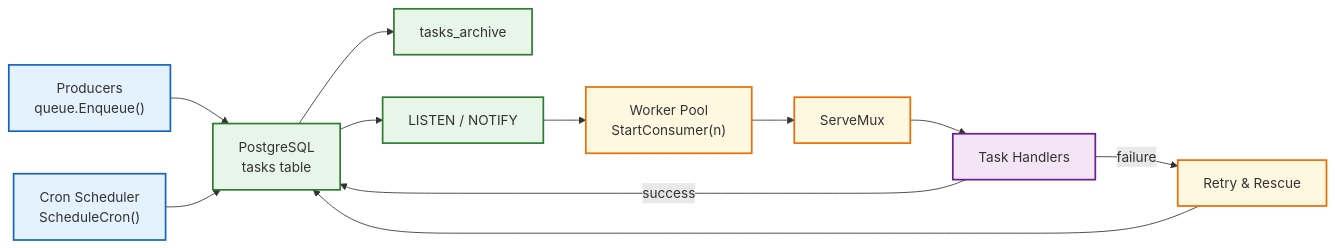
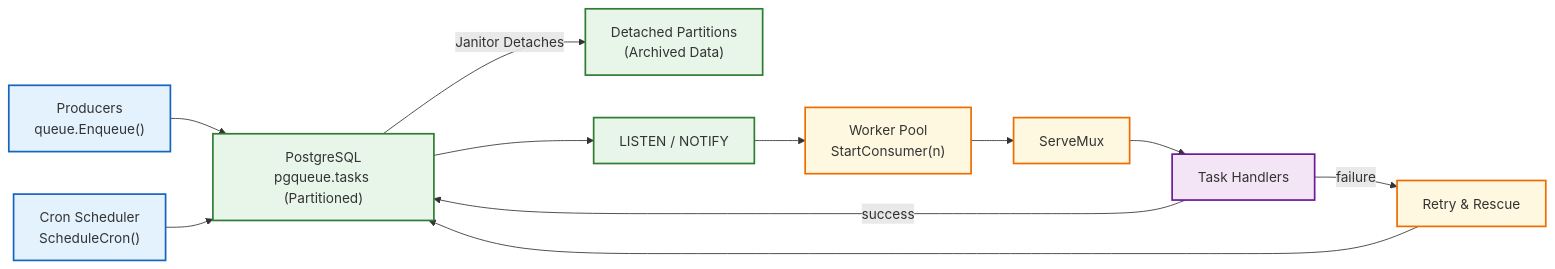
The diagram in README.md (i-christian/pgqueue), drawn with Mermaid before and after one commit. The commit also changed other lines of this file and 2 other files, not shown here.

`````diff
--- a/README.md
+++ b/README.md
@@ -49,38 +49,39 @@
 ```mermaid
 flowchart LR
     %% Nodes
     P["Producers<br/>queue.Enqueue()"]
     C["Cron Scheduler<br/>ScheduleCron()"]
 
-    T["PostgreSQL<br/>tasks table"]
-    A["tasks_archive"]
+    T["PostgreSQL<br/>pgqueue.tasks (Partitioned)"]
+    A["Detached Partitions<br/>(Archived Data)"]
     N["LISTEN / NOTIFY"]
 
     W["Worker Pool<br/>StartConsumer(n)"]
     M["ServeMux"]
     H["Task Handlers"]
     R["Retry & Rescue"]
 
     %% Flows
     P --> T
     C --> T
     T --> N
     N --> W
     W --> M
     M --> H
     H -->|success| T
     H -->|failure| R
     R --> T
-    T --> A
+    T -->|Janitor Detaches| A
 
     %% Styles
     classDef producer fill:#E3F2FD,stroke:#1565C0,stroke-width:2px;
     classDef postgres fill:#E8F5E9,stroke:#2E7D32,stroke-width:2px;
     classDef worker fill:#FFF8E1,stroke:#EF6C00,stroke-width:2px;
     classDef handler fill:#F3E5F5,stroke:#6A1B9A,stroke-width:2px;
 
     class P,C producer;
     class T,A,N postgres;
     class W,M,R worker;
     class H handler;
-````
+
+```
`````
